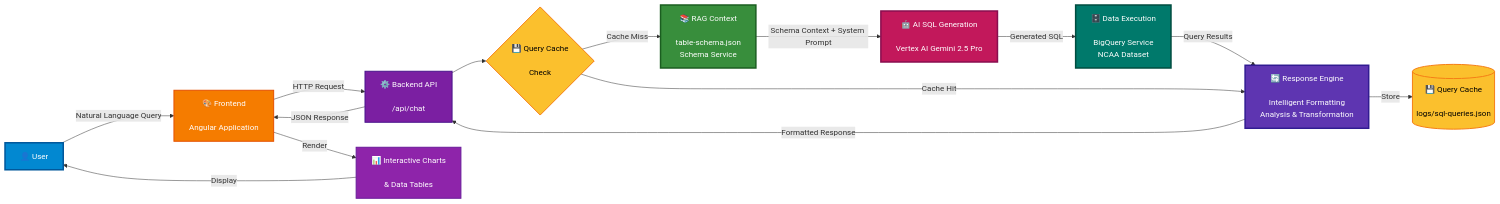
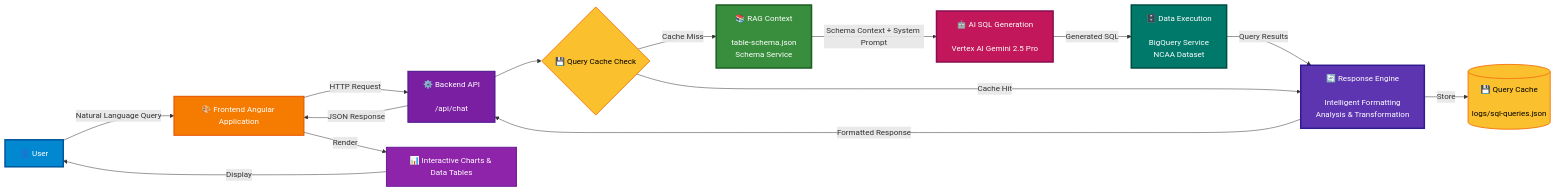
One commit to build-bros/.github changed the first of 2 diagrams in profile/README.md. Above: the diagram before and after it, drawn with Mermaid.

Commit message:
Refine system architecture diagram in README.md by simplifying labels and removing unnecessary line breaks for improved readability.

````diff
--- a/profile/README.md
+++ b/profile/README.md
@@ -60,39 +60,39 @@
 ```mermaid
 flowchart LR
-    User["👤 User"] -->|"Natural Language Query"| Frontend["🎨 Frontend<br/><br/>Angular Application"]
+    User["👤 User"] -->|"Natural Language Query"| Frontend["🎨 Frontend Angular Application"]
     
     Frontend -->|"HTTP Request"| API["⚙️ Backend API<br/><br/>/api/chat"]
     
-    API --> Cache{"💾 Query Cache<br/><br/>Check"}
+    API --> Cache{"💾 Query Cache Check"}
     
     Cache -->|"Cache Miss"| RAG["📚 RAG Context<br/><br/>table-schema.json<br/>Schema Service"]
     
     RAG -->|"Schema Context + System Prompt"| AI["🤖 AI SQL Generation<br/><br/>Vertex AI Gemini 2.5 Pro"]
     
     AI -->|"Generated SQL"| DataExec["🗄️ Data Execution<br/><br/>BigQuery Service<br/>NCAA Dataset"]
     
     DataExec -->|"Query Results"| Engine["🔄 Response Engine<br/><br/>Intelligent Formatting<br/>Analysis & Transformation"]
     
     Cache -->|"Cache Hit"| Engine
     
     Engine -->|"Store"| CacheStore[("💾 Query Cache<br/><br/>logs/sql-queries.json")]
     
     Engine -->|"Formatted Response"| API
     
     API -->|"JSON Response"| Frontend
     
-    Frontend -->|"Render"| Charts["📊 Interactive Charts<br/><br/>& Data Tables"]
+    Frontend -->|"Render"| Charts["📊 Interactive Charts & Data Tables"]
     
     Charts -->|"Display"| User
 
     style User fill:#0288d1,stroke:#01579b,stroke-width:3px,color:#fff
     style Frontend fill:#f57c00,stroke:#e65100,stroke-width:2px,color:#fff
     style API fill:#7b1fa2,stroke:#4a148c,stroke-width:2px,color:#fff
     style Cache fill:#fbc02d,stroke:#f57f17,stroke-width:2px,color:#000
     style RAG fill:#388e3c,stroke:#1b5e20,stroke-width:3px,color:#fff
     style AI fill:#c2185b,stroke:#880e4f,stroke-width:3px,color:#fff
     style DataExec fill:#00796b,stroke:#004d40,stroke-width:3px,color:#fff
     style Engine fill:#5e35b1,stroke:#311b92,stroke-width:3px,color:#fff
     style CacheStore fill:#fbc02d,stroke:#f57f17,stroke-width:2px,color:#000
     style Charts fill:#8e24aa,stroke:#6a1b9a,stroke-width:2px,color:#fff
 ```
````
